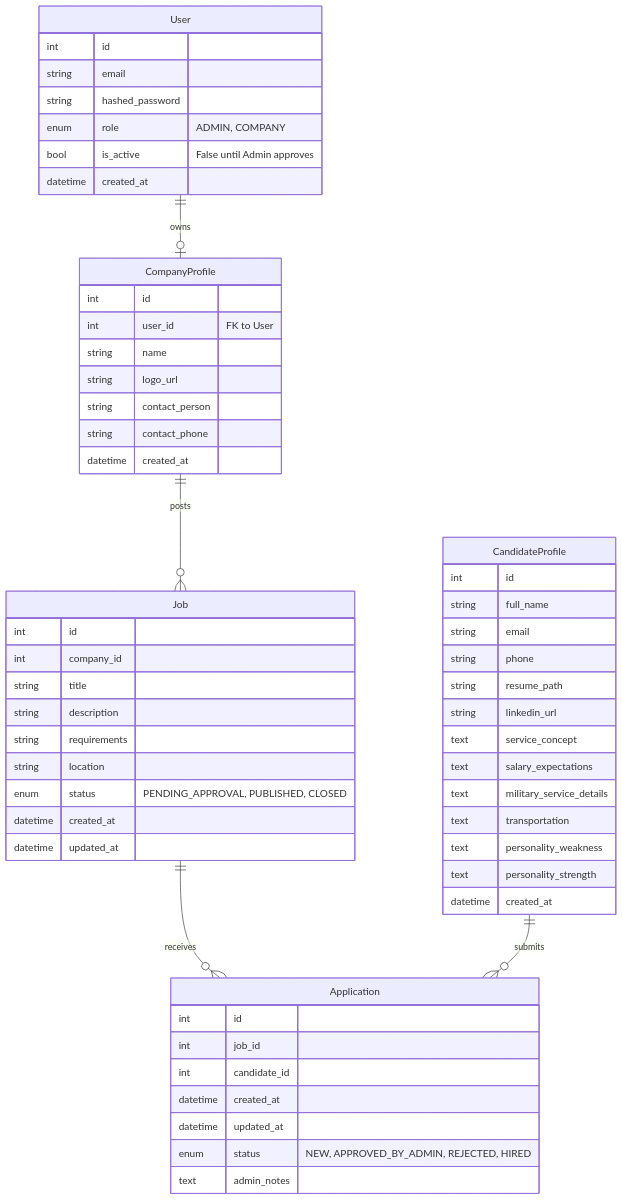
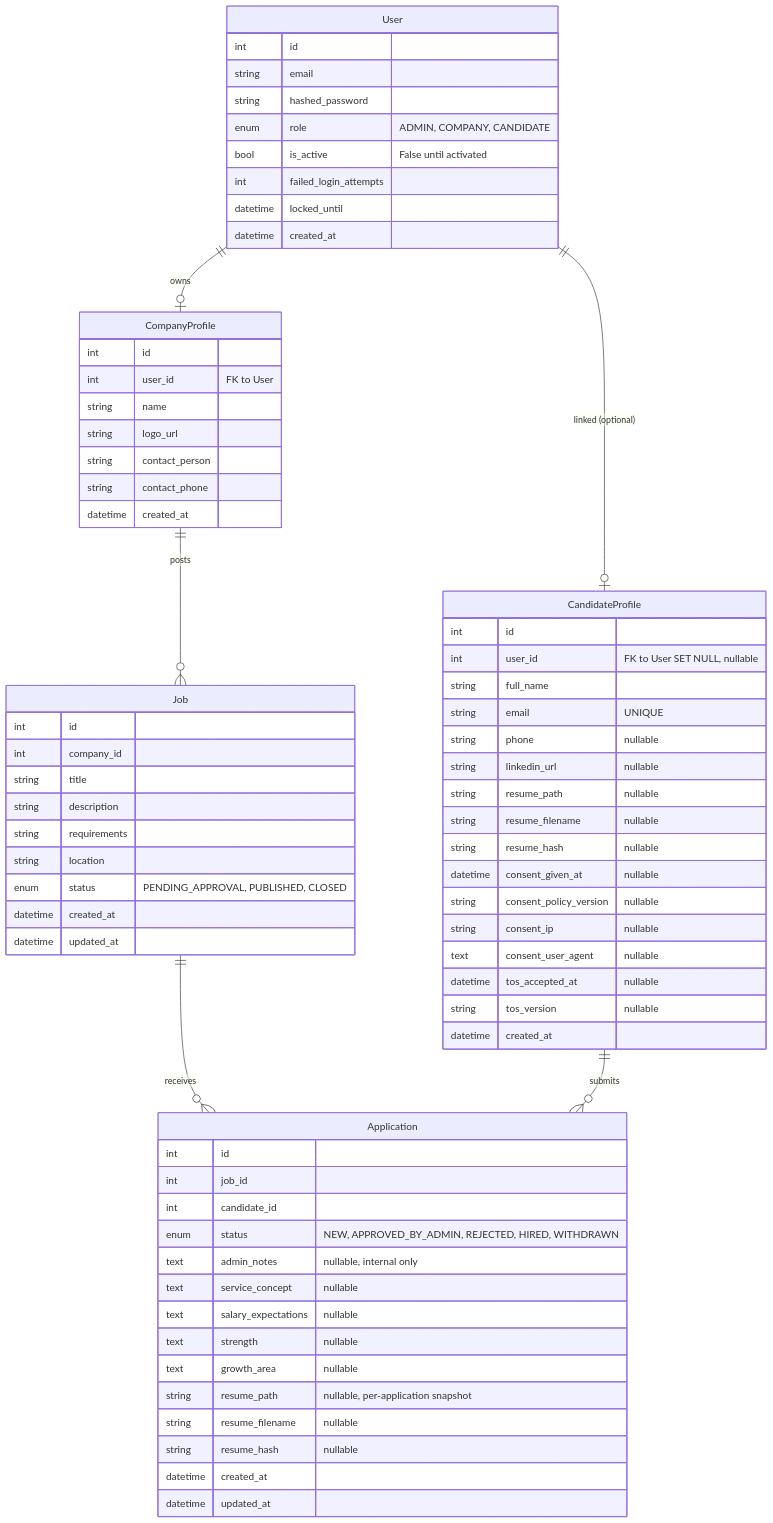
One commit to lahavrud/rs-recruitment changed the diagram in docs/ARCHITECTURE.md. Above: the diagram before and after it, drawn with Mermaid. The commit also changed other lines of this file and 3 other files, not shown here.

````diff
--- a/docs/ARCHITECTURE.md
+++ b/docs/ARCHITECTURE.md
@@ -410,17 +410,20 @@
 ```mermaid
 erDiagram
     User ||--o| CompanyProfile : owns
+    User ||--o| CandidateProfile : "linked (optional)"
     CompanyProfile ||--o{ Job : posts
     Job ||--o{ Application : receives
     CandidateProfile ||--o{ Application : submits
 
-    %% Auth System (Admins & Companies)
+    %% Auth System (Admins, Companies, Candidates)
     User {
         int id
         string email
         string hashed_password
-        enum role "ADMIN, COMPANY"
-        bool is_active "False until Admin approves"
+        enum role "ADMIN, COMPANY, CANDIDATE"
+        bool is_active "False until activated"
+        int failed_login_attempts
+        datetime locked_until
         datetime created_at
     }
 
@@ -448,35 +451,44 @@
         datetime updated_at
     }
 
-    %% Candidate Lead (No Authentication)
+    %% Candidate identity + consent record (Sprint 11)
+    %% Anonymous leads have user_id=NULL; registered candidates link 1:1 to User
     CandidateProfile {
         int id
+        int user_id "FK to User SET NULL, nullable"
         string full_name
-        string email
-        string phone
-        string resume_path
-        string linkedin_url
-
-        %% Interview Form (Subject to Change)
-        text service_concept
-        text salary_expectations
-        text military_service_details
-        text transportation
-        text personality_weakness
-        text personality_strength
-
+        string email "UNIQUE"
+        string phone "nullable"
+        string linkedin_url "nullable"
+        string resume_path "nullable"
+        string resume_filename "nullable"
+        string resume_hash "nullable"
+        datetime consent_given_at "nullable"
+        string consent_policy_version "nullable"
+        string consent_ip "nullable"
+        text consent_user_agent "nullable"
+        datetime tos_accepted_at "nullable"
+        string tos_version "nullable"
         datetime created_at
     }
 
     %% Match (Core Business Entity)
+    %% Partial unique index on (job_id, candidate_id) WHERE status != WITHDRAWN
     Application {
         int id
         int job_id
         int candidate_id
+        enum status "NEW, APPROVED_BY_ADMIN, REJECTED, HIRED, WITHDRAWN"
+        text admin_notes "nullable, internal only"
+        text service_concept "nullable"
+        text salary_expectations "nullable"
+        text strength "nullable"
+        text growth_area "nullable"
+        string resume_path "nullable, per-application snapshot"
+        string resume_filename "nullable"
+        string resume_hash "nullable"
         datetime created_at
         datetime updated_at
-        enum status "NEW, APPROVED_BY_ADMIN, REJECTED, HIRED"
-        text admin_notes
     }
 
 ```
````
